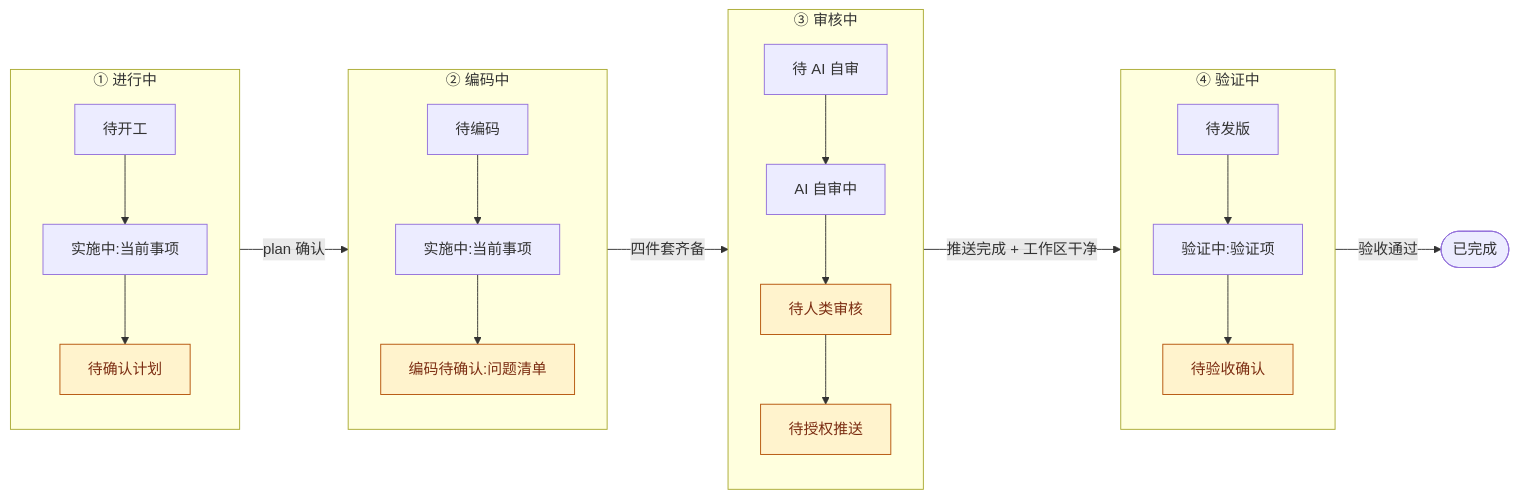
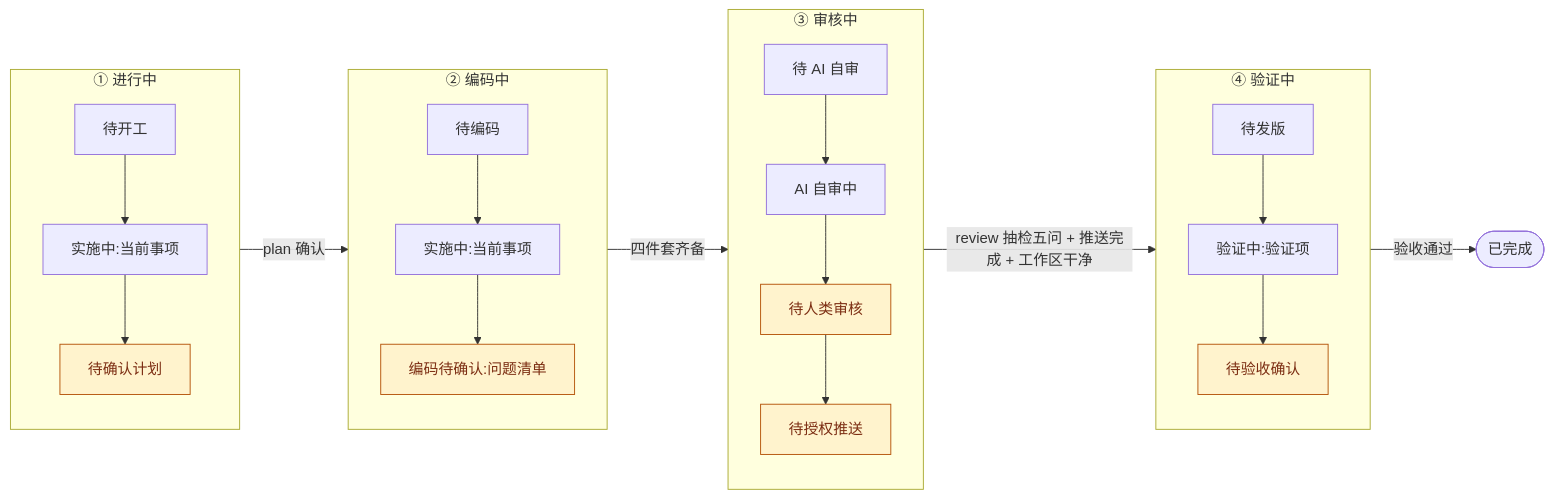
The second of 2 diagrams in .agents/skills/feat-plan-research/SKILL.md (H-zk/mini-architecture-engineer-workspace), drawn with Mermaid before and after one commit. The commit also changed other lines of this file and 72 other files, not shown here.

````diff
--- a/.agents/skills/feat-plan-research/SKILL.md
+++ b/.agents/skills/feat-plan-research/SKILL.md
@@ -55,26 +68,26 @@
 ```mermaid
 flowchart LR
     subgraph S1["① 进行中"]
         direction TB
         A0["待开工"] --> A1["实施中:当前事项"] --> A2["待确认计划"]
     end
     subgraph S2["② 编码中"]
         direction TB
         B1["待编码"] --> B2["实施中:当前事项"] --> B3["编码待确认:问题清单"]
     end
     subgraph S3["③ 审核中"]
         direction TB
         C1["待 AI 自审"] --> C2["AI 自审中"] --> C3["待人类审核"] --> C4["待授权推送"]
     end
     subgraph S4["④ 验证中"]
         direction TB
         D1["待发版"] --> D2["验证中:验证项"] --> D3["待验收确认"]
     end
     E1(["已完成"])
     S1 -->|"plan 确认"| S2
     S2 -->|"四件套齐备"| S3
-    S3 -->|"推送完成 + 工作区干净"| S4
+    S3 -->|"review 抽检五问 + 推送完成 + 工作区干净"| S4
     S4 -->|"验收通过"| E1
     classDef you fill:#fff3cd,stroke:#b45309,color:#7c2d12
     class A2,B3,C3,C4,D3 you
 ```
````
